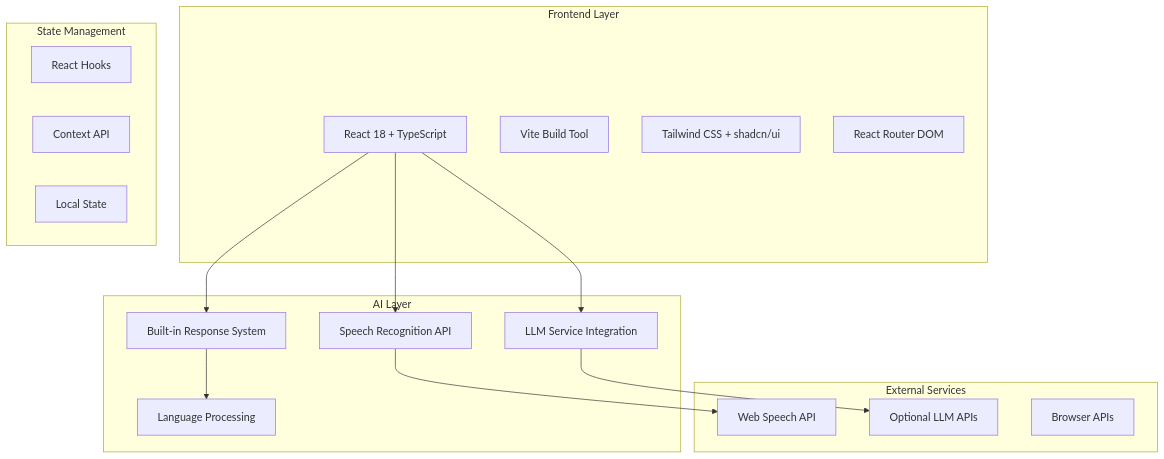
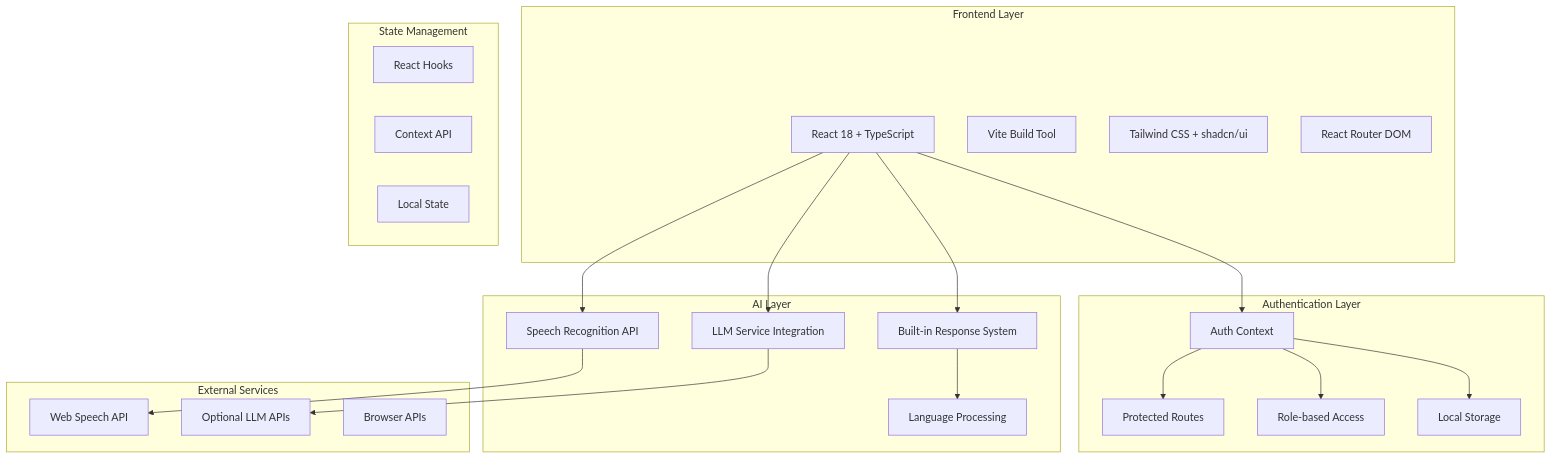
Before and after one commit to AkakpoErnest/Agribot-: the fourth of 6 diagrams in README.md, drawn with Mermaid. The commit also changed other lines of this file and 1 other file, not shown here.

````diff
--- a/README.md
+++ b/README.md
@@ -118,35 +205,46 @@
 ```mermaid
 graph TB
     subgraph "Frontend Layer"
         A[React 18 + TypeScript]
         B[Vite Build Tool]
         C[Tailwind CSS + shadcn/ui]
         D[React Router DOM]
     end
     
+    subgraph "Authentication Layer"
+        E[Auth Context]
+        F[Protected Routes]
+        G[Role-based Access]
+        H[Local Storage]
+    end
+    
     subgraph "AI Layer"
-        E[LLM Service Integration]
-        F[Built-in Response System]
-        G[Speech Recognition API]
-        H[Language Processing]
+        I[LLM Service Integration]
+        J[Built-in Response System]
+        K[Speech Recognition API]
+        L[Language Processing]
     end
     
     subgraph "State Management"
-        I[React Hooks]
-        J[Context API]
-        K[Local State]
+        M[React Hooks]
+        N[Context API]
+        O[Local State]
     end
     
     subgraph "External Services"
-        L[Web Speech API]
-        M[Optional LLM APIs]
-        N[Browser APIs]
+        P[Web Speech API]
+        Q[Optional LLM APIs]
+        R[Browser APIs]
     end
     
     A --> E
-    A --> F
-    A --> G
-    E --> M
-    F --> H
-    G --> L
+    A --> I
+    A --> J
+    A --> K
+    E --> F
+    E --> G
+    E --> H
+    I --> Q
+    J --> L
+    K --> P
 ```
````
